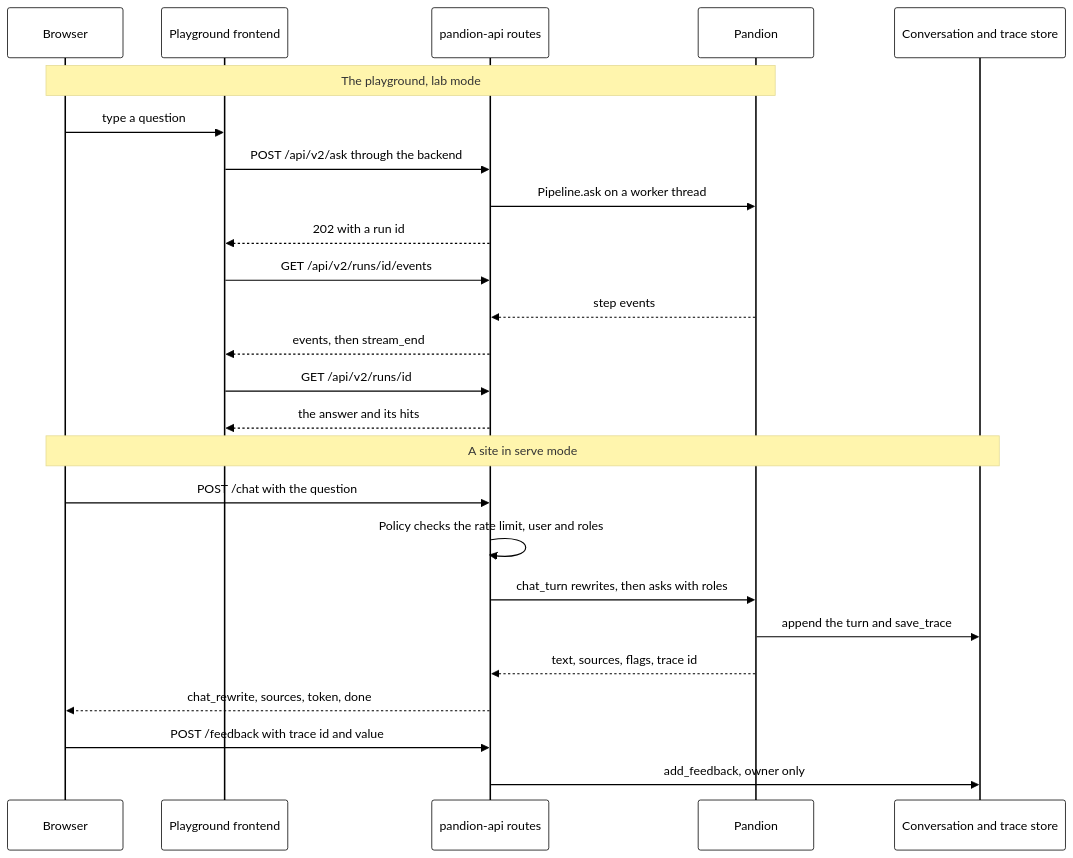
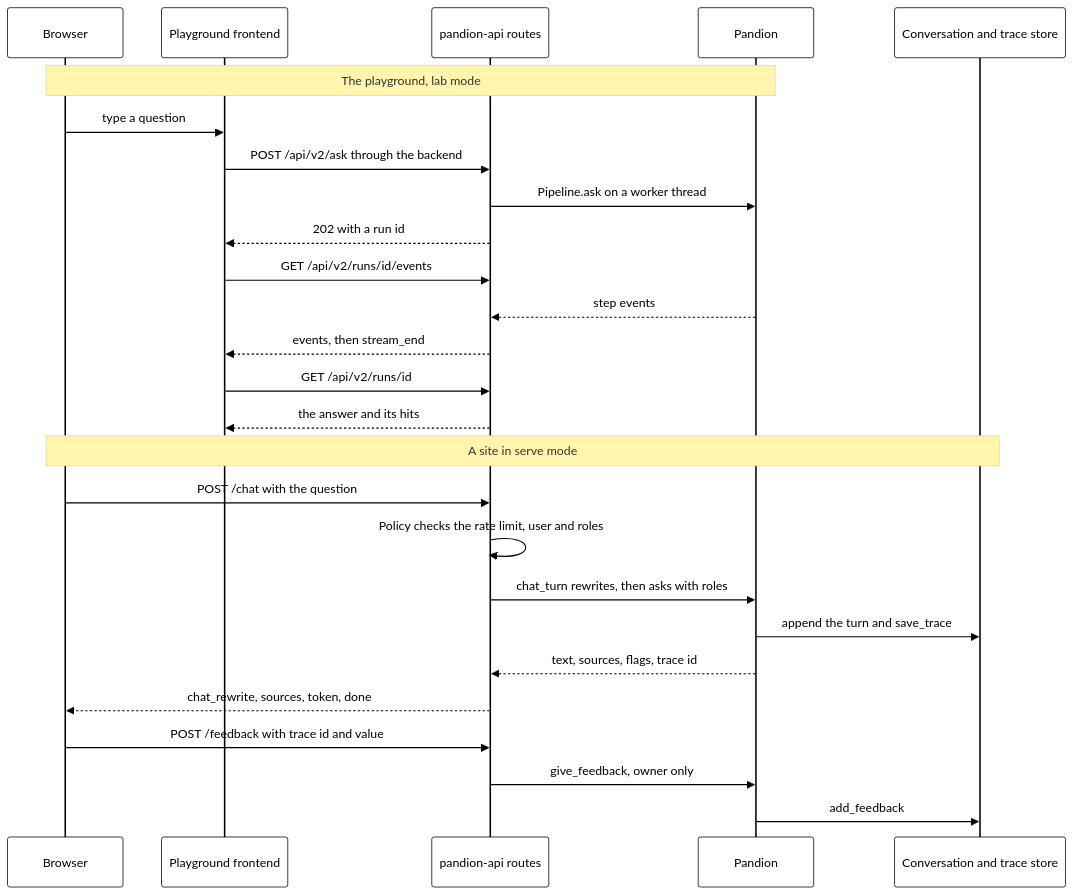
The third of 4 diagrams in docs/architecture.md (nadeem4/rag-playground), drawn with Mermaid before and after one commit. The commit also changed other lines of this file, not shown here.

Commit message:
docs: address architecture review (DOC3)

````diff
--- a/docs/architecture.md
+++ b/docs/architecture.md
@@ -209,28 +210,29 @@
 ```mermaid
 %%{init: {'theme':'base','themeVariables':{'primaryColor':'#ffffff','primaryTextColor':'#000000','primaryBorderColor':'#000000','lineColor':'#000000'}}}%%
 sequenceDiagram
     participant B as Browser
     participant F as Playground frontend
     participant A as pandion-api routes
     participant P as Pandion
     participant T as Conversation and trace store
     Note over B,P: The playground, lab mode
     B->>F: type a question
     F->>A: POST /api/v2/ask through the backend
     A->>P: Pipeline.ask on a worker thread
     A-->>F: 202 with a run id
     F->>A: GET /api/v2/runs/id/events
     P-->>A: step events
     A-->>F: events, then stream_end
     F->>A: GET /api/v2/runs/id
     A-->>F: the answer and its hits
     Note over B,T: A site in serve mode
     B->>A: POST /chat with the question
     A->>A: Policy checks the rate limit, user and roles
     A->>P: chat_turn rewrites, then asks with roles
     P->>T: append the turn and save_trace
     P-->>A: text, sources, flags, trace id
     A-->>B: chat_rewrite, sources, token, done
     B->>A: POST /feedback with trace id and value
-    A->>T: add_feedback, owner only
+    A->>P: give_feedback, owner only
+    P->>T: add_feedback
 ```
````
